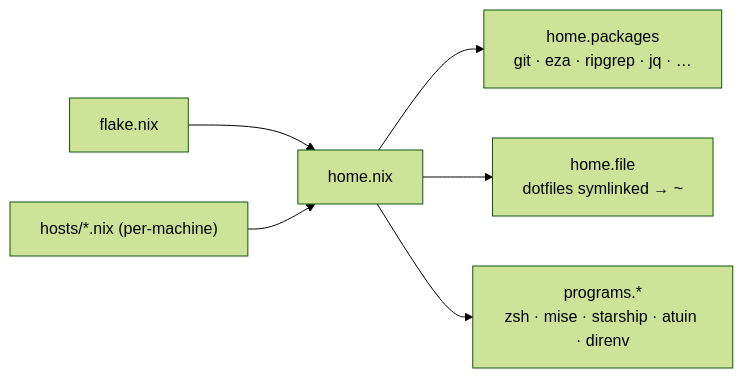
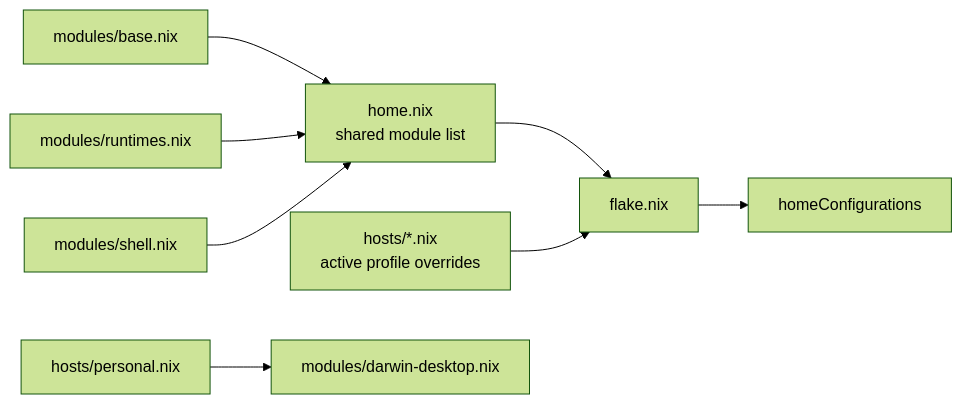
Before and after one commit to nyelonong/homie: the diagram in README.md, drawn with Mermaid (forest theme). The commit also changed other lines of this file and 2 other files, not shown here.

Commit message:
docs: describe modular profile ownership

````diff
--- a/README.md
+++ b/README.md
@@ -46,8 +48,10 @@
 ```mermaid
 flowchart LR
-    F["flake.nix"] --> H["home.nix"]
-    HOST["hosts/*.nix (per-machine)"] --> H
-    H --> P["home.packages<br/>git · eza · ripgrep · jq · …"]
-    H --> D["home.file<br/>dotfiles symlinked → ~"]
-    H --> PR["programs.*<br/>zsh · mise · starship · atuin · direnv"]
+    B["modules/base.nix"] --> H["home.nix<br/>shared module list"]
+    R["modules/runtimes.nix"] --> H
+    S["modules/shell.nix"] --> H
+    H --> F["flake.nix"]
+    HOST["hosts/*.nix<br/>active profile overrides"] --> F
+    PERSONAL["hosts/personal.nix"] --> DESKTOP["modules/darwin-desktop.nix"]
+    F --> OUT["homeConfigurations"]
 ```
````
